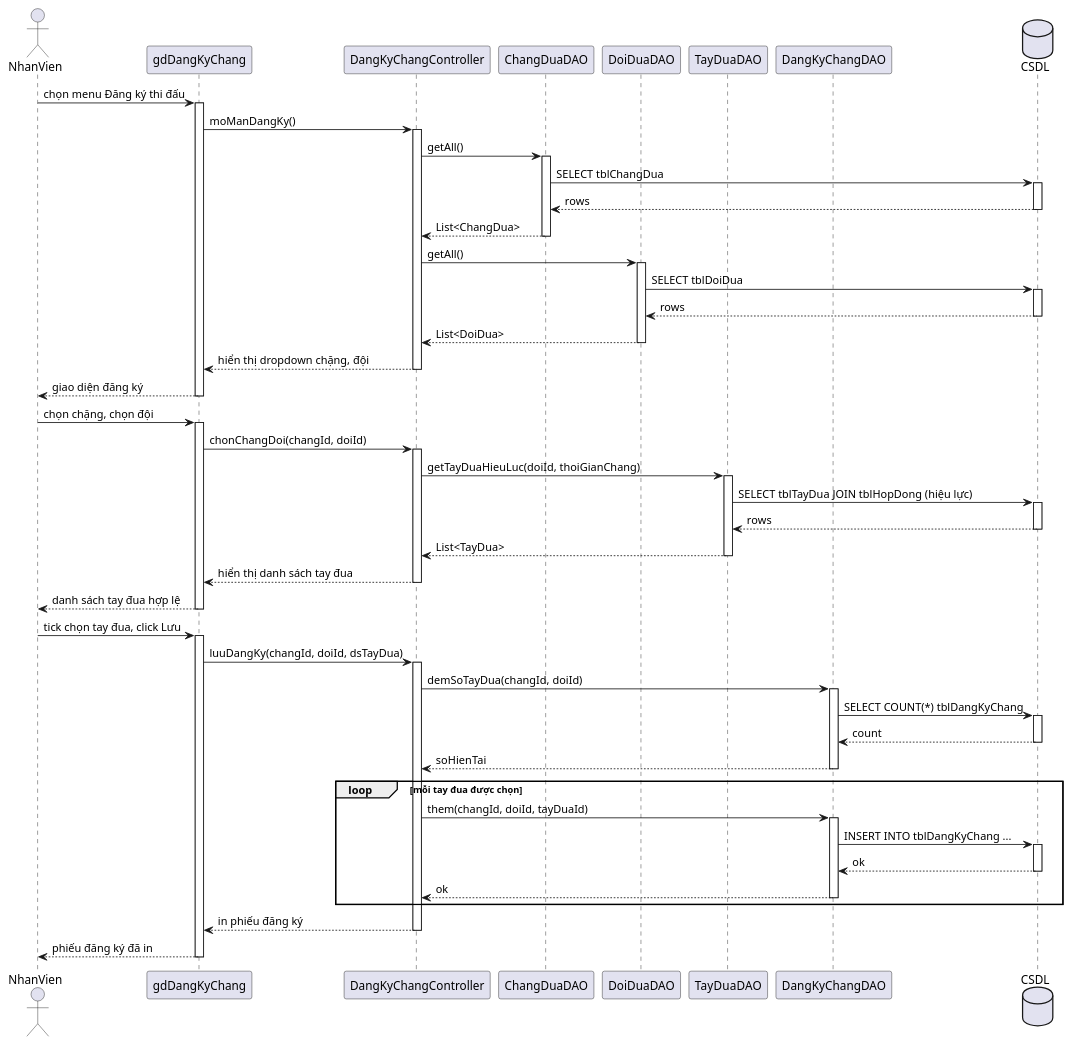
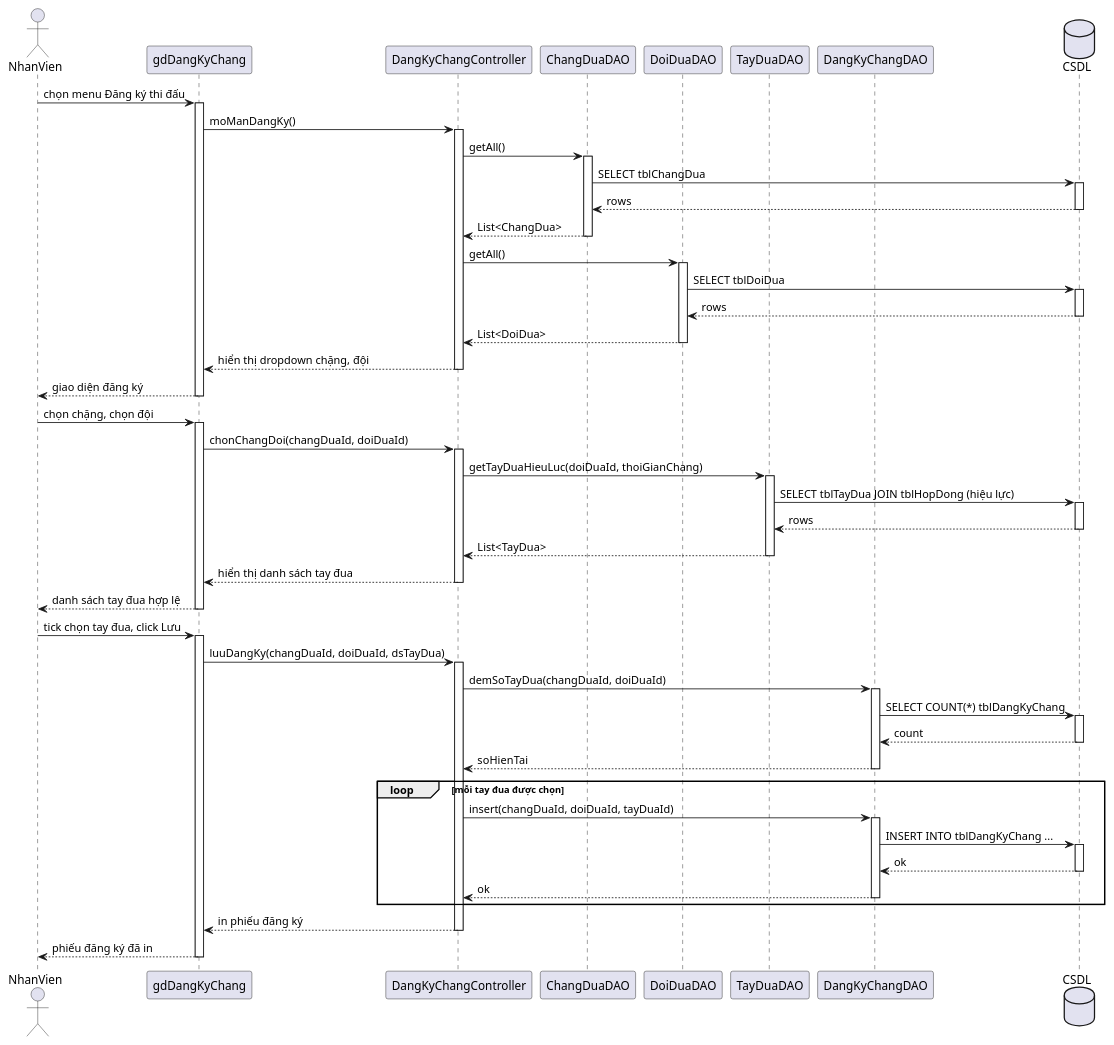
The fifth of 5 diagrams in Module 2 - Kin/noi-dung.md (7gho/CNPM-He2026), drawn with PlantUML before and after one commit. The commit also changed other lines of this file and 9 other files, not shown here.

````diff
--- a/Module 2 - Kin/noi-dung.md
+++ b/Module 2 - Kin/noi-dung.md
@@ -189,81 +191,81 @@
 ```plantuml
 @startuml
 actor NhanVien as NV
 participant "gdDangKyChang" as V
 participant "DangKyChangController" as C
 participant "ChangDuaDAO" as CDAO
 participant "DoiDuaDAO" as DDAO
 participant "TayDuaDAO" as TDAO
 participant "DangKyChangDAO" as KDAO
 database "CSDL" as DB
 
 NV -> V : chọn menu Đăng ký thi đấu
 activate V
 V -> C : moManDangKy()
 activate C
 C -> CDAO : getAll()
 activate CDAO
 CDAO -> DB : SELECT tblChangDua
 activate DB
 DB --> CDAO : rows
 deactivate DB
 CDAO --> C : List<ChangDua>
 deactivate CDAO
 C -> DDAO : getAll()
 activate DDAO
 DDAO -> DB : SELECT tblDoiDua
 activate DB
 DB --> DDAO : rows
 deactivate DB
 DDAO --> C : List<DoiDua>
 deactivate DDAO
 C --> V : hiển thị dropdown chặng, đội
 deactivate C
 V --> NV : giao diện đăng ký
 deactivate V
 
 NV -> V : chọn chặng, chọn đội
 activate V
-V -> C : chonChangDoi(changId, doiId)
+V -> C : chonChangDoi(changDuaId, doiDuaId)
 activate C
-C -> TDAO : getTayDuaHieuLuc(doiId, thoiGianChang)
+C -> TDAO : getTayDuaHieuLuc(doiDuaId, thoiGianChang)
 activate TDAO
 TDAO -> DB : SELECT tblTayDua JOIN tblHopDong (hiệu lực)
 activate DB
 DB --> TDAO : rows
 deactivate DB
 TDAO --> C : List<TayDua>
 deactivate TDAO
 C --> V : hiển thị danh sách tay đua
 deactivate C
 V --> NV : danh sách tay đua hợp lệ
 deactivate V
 
 NV -> V : tick chọn tay đua, click Lưu
 activate V
-V -> C : luuDangKy(changId, doiId, dsTayDua)
+V -> C : luuDangKy(changDuaId, doiDuaId, dsTayDua)
 activate C
-C -> KDAO : demSoTayDua(changId, doiId)
+C -> KDAO : demSoTayDua(changDuaId, doiDuaId)
 activate KDAO
 KDAO -> DB : SELECT COUNT(*) tblDangKyChang
 activate DB
 DB --> KDAO : count
 deactivate DB
 KDAO --> C : soHienTai
 deactivate KDAO
 loop mỗi tay đua được chọn
-  C -> KDAO : them(changId, doiId, tayDuaId)
+  C -> KDAO : insert(changDuaId, doiDuaId, tayDuaId)
   activate KDAO
   KDAO -> DB : INSERT INTO tblDangKyChang ...
   activate DB
   DB --> KDAO : ok
   deactivate DB
   KDAO --> C : ok
   deactivate KDAO
 end
 C --> V : in phiếu đăng ký
 deactivate C
 V --> NV : phiếu đăng ký đã in
 deactivate V
 @enduml
 ```
````
